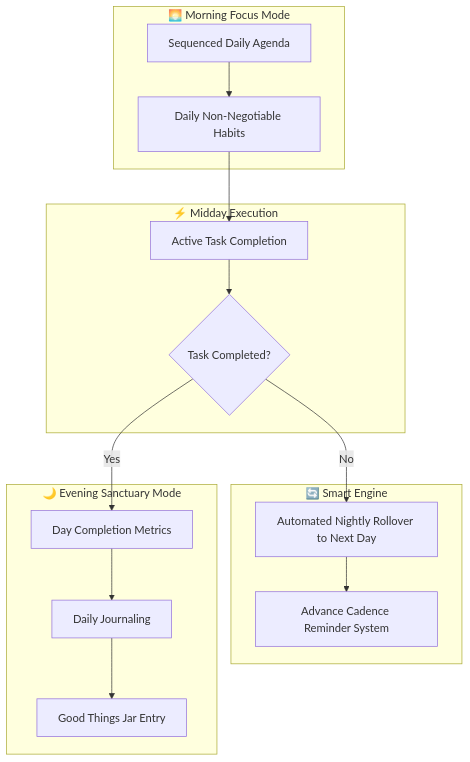
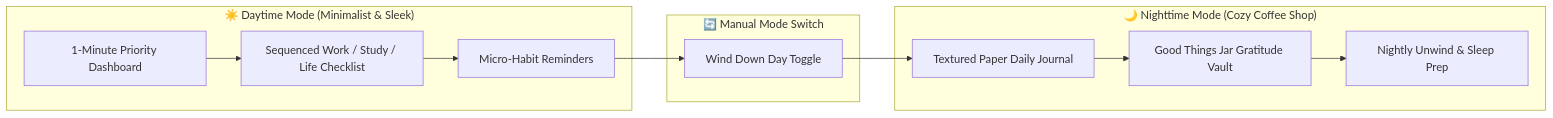
Before and after one commit to NIFT-Information-Architecture-2026/Kaushiki-bd_24_2883: the diagram in UX_RESEARCH.md, drawn with Mermaid. The commit also changed other lines of this file and 19 other files, not shown here.

````diff
--- a/UX_RESEARCH.md
+++ b/UX_RESEARCH.md
@@ -42,22 +28,17 @@
 ```mermaid
-flowchart TD
-    subgraph Morning ["🌅 Morning Focus Mode"]
-        A[Sequenced Daily Agenda] --> B[Daily Non-Negotiable Habits]
+graph LR
+    subgraph DayMode ["☀️ Daytime Mode (Minimalist & Sleek)"]
+        A[1-Minute Priority Dashboard] --> B[Sequenced Work / Study / Life Checklist]
+        B --> C[Micro-Habit Reminders]
     end
 
-    subgraph Midday ["⚡ Midday Execution"]
-        B --> C[Active Task Completion]
-        C --> D{Task Completed?}
+    subgraph ModeSwitch ["🔄 Manual Mode Switch"]
+        C --> D["Wind Down Day Toggle"]
     end
 
-    subgraph SmartEngine ["🔄 Smart Engine"]
-        D -- No --> E[Automated Nightly Rollover to Next Day]
-        E --> F[Advance Cadence Reminder System]
-    end
-
-    subgraph Evening ["🌙 Evening Sanctuary Mode"]
-        D -- Yes --> G[Day Completion Metrics]
-        G --> H[Daily Journaling]
-        H --> I["Good Things Jar" Entry]
+    subgraph NightMode ["🌙 Nighttime Mode (Cozy Coffee Shop)"]
+        D --> E[Textured Paper Daily Journal]
+        E --> F["Good Things Jar" Gratitude Vault]
+        F --> G[Nightly Unwind & Sleep Prep]
     end
 ```
````
